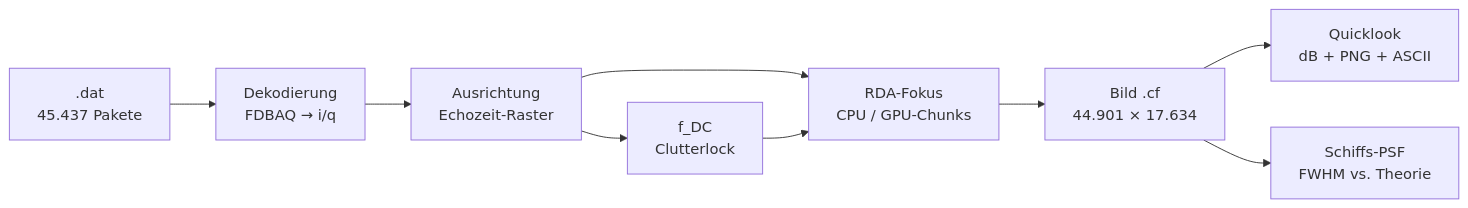
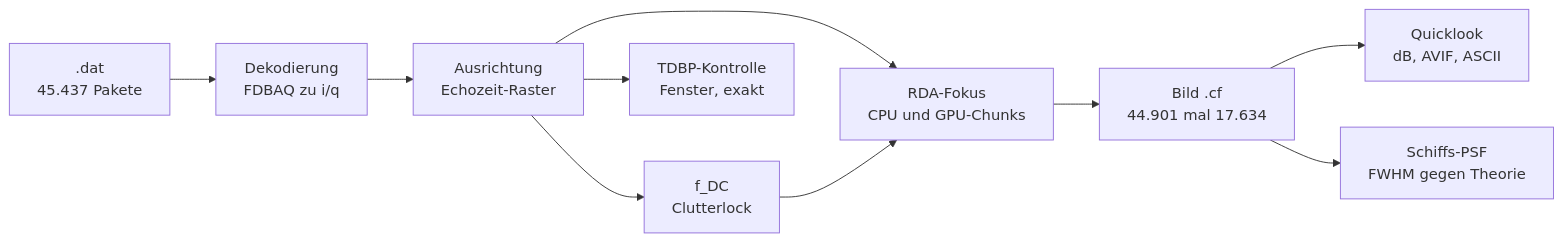
The first of 4 diagrams in examples/34_copernicus_radar/plan/20261004_02_gpu_decode_sar/walkthrough.md (plops/cl-rust-generator), drawn with Mermaid before and after one commit. The commit also changed other lines of this file and 2 other files, not shown here.

First line of the commit message:
docs(sar-focus): didaktischer Walkthrough mit Benchmarks, AVIF statt PNG

````diff
--- a/examples/34_copernicus_radar/plan/20261004_02_gpu_decode_sar/walkthrough.md
+++ b/examples/34_copernicus_radar/plan/20261004_02_gpu_decode_sar/walkthrough.md
@@ -22,11 +62,12 @@
 ```mermaid
 flowchart LR
-    DAT[".dat<br/>45.437 Pakete"] --> DEC["Dekodierung<br/>FDBAQ → i/q"]
+    DAT[".dat<br/>45.437 Pakete"] --> DEC["Dekodierung<br/>FDBAQ zu i/q"]
     DEC --> ALIGN["Ausrichtung<br/>Echozeit-Raster"]
     ALIGN --> FDC["f_DC<br/>Clutterlock"]
-    ALIGN --> RDA["RDA-Fokus<br/>CPU / GPU-Chunks"]
+    ALIGN --> RDA["RDA-Fokus<br/>CPU und GPU-Chunks"]
     FDC --> RDA
-    RDA --> CF["Bild .cf<br/>44.901 × 17.634"]
-    CF --> QL["Quicklook<br/>dB + PNG + ASCII"]
-    CF --> SHIPS["Schiffs-PSF<br/>FWHM vs. Theorie"]
+    ALIGN --> TDBP["TDBP-Kontrolle<br/>Fenster, exakt"]
+    RDA --> CF["Bild .cf<br/>44.901 mal 17.634"]
+    CF --> QL["Quicklook<br/>dB, AVIF, ASCII"]
+    CF --> SHIPS["Schiffs-PSF<br/>FWHM gegen Theorie"]
 ```
````
